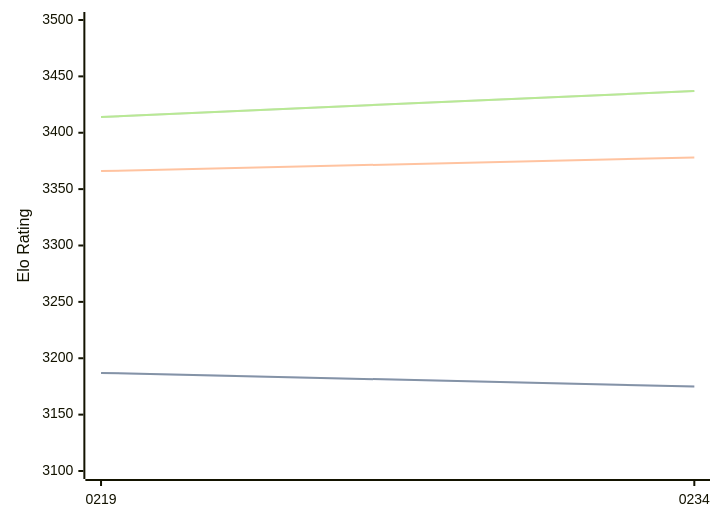
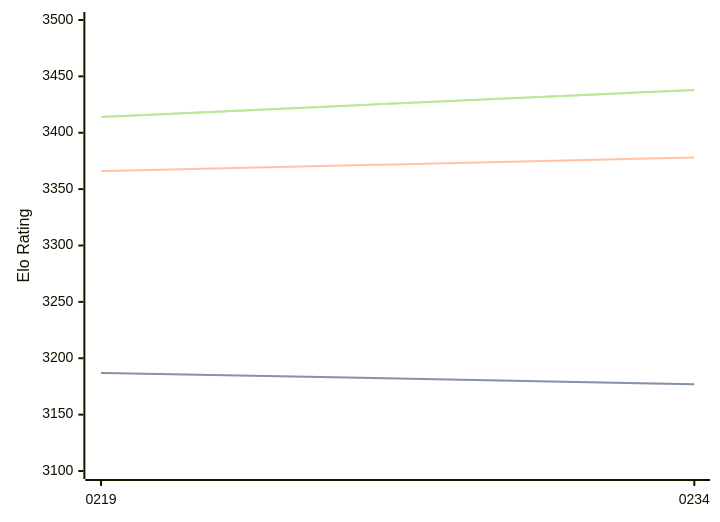
The diagram in engines/Ynode.md (computer-chess-index/cci), drawn with Mermaid before and after one commit. The commit also changed other lines of this file, not shown here.

Commit message:
Update CCI Ratings (ELO VLTC) - 2026-05-04

````diff
--- a/engines/Ynode.md
+++ b/engines/Ynode.md
@@ -39,11 +39,11 @@
 ```mermaid
 %%{init: {"theme":"base","themeVariables":{"seriesColors:['#a3a3a3','#222221','#faa371']}}}%%
 xychart-beta
   x-axis ["0219", "0234"]
   y-axis "Elo Rating" 3100 --> 3500
-  line "STC (8.0+0.08s)" [3187, 3175]
-  line "STC (8.0+0.08s)" [3187, 3175]
+  line "STC (8.0+0.08s)" [3187, 3177]
+  line "STC (8.0+0.08s)" [3187, 3177]
   line "LTC (60.0+0.60s)" [3366, 3378]
-  line "VLTC (2m24s+1.12s)" [3414, 3437]
-  line "VLTC (2m24s+1.12s)" [3414, 3437]
+  line "VLTC (2m24s+1.12s)" [3414, 3438]
+  line "VLTC (2m24s+1.12s)" [3414, 3438]
 ```
````
